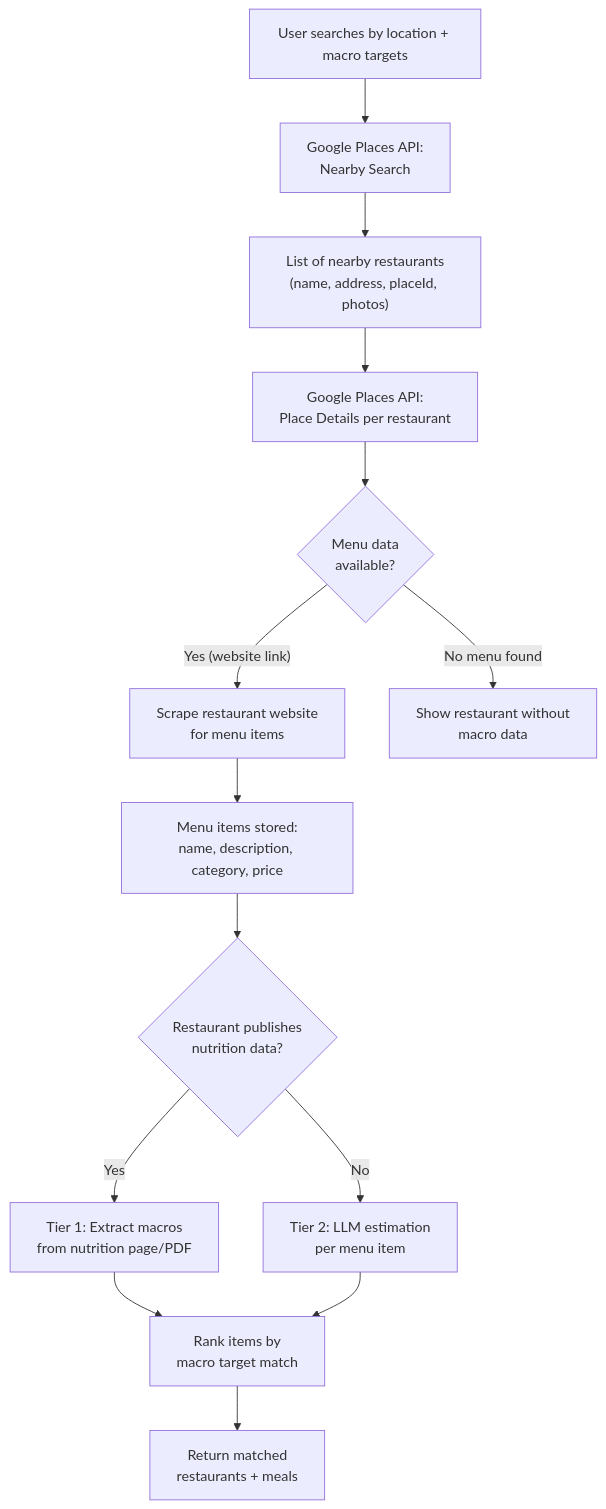
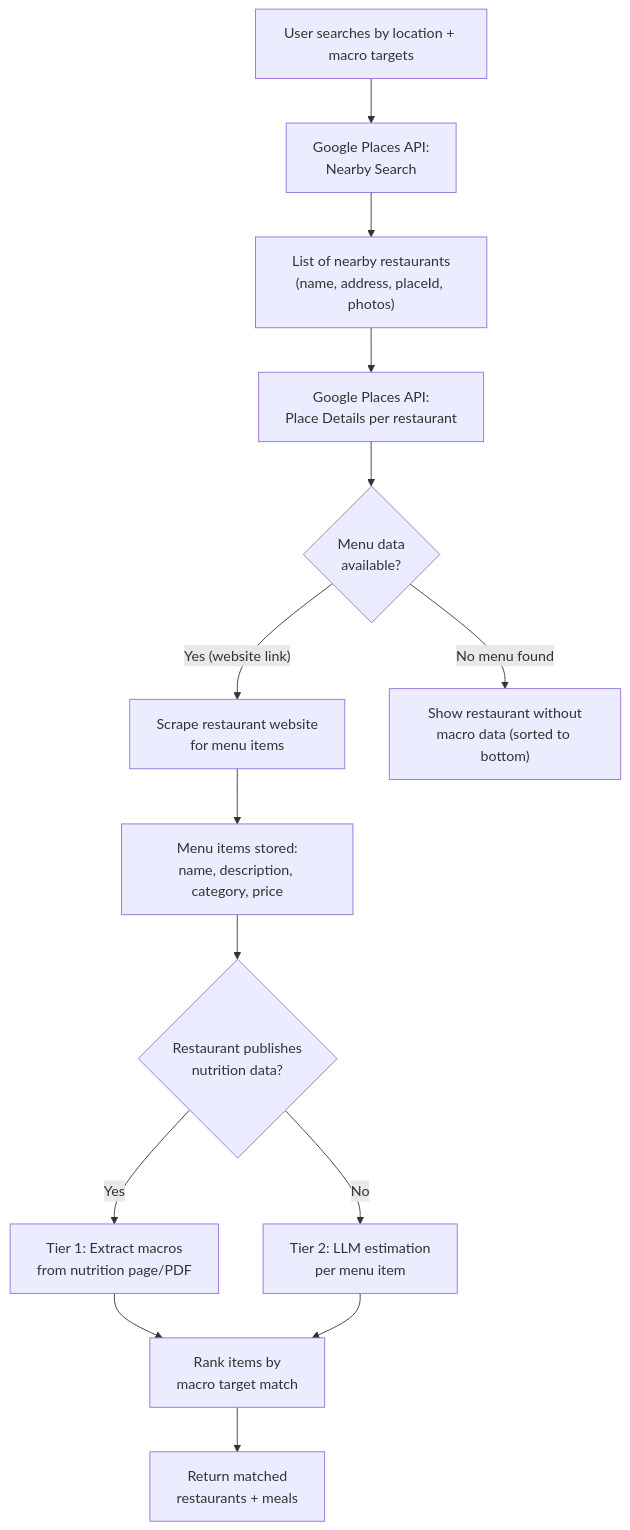
The second of 4 diagrams in docs/engineering/backend/system-design.md (dgmolla/fitsy), drawn with Mermaid before and after one commit.

Commit message:
Clarify no-menu restaurants: show but deprioritize, not skip
Restaurants without menu data still appear in results (sorted to
bottom) so users in areas with mostly independent restaurants don't
get empty results.

````diff
--- a/docs/engineering/backend/system-design.md
+++ b/docs/engineering/backend/system-design.md
@@ -104,21 +104,21 @@
 ```mermaid
 flowchart TD
     Search["User searches by location + macro targets"]
     Search --> GP["Google Places API:<br/>Nearby Search"]
     GP --> Restaurants["List of nearby restaurants<br/>(name, address, placeId, photos)"]
     Restaurants --> Details["Google Places API:<br/>Place Details per restaurant"]
     Details --> Menu{"Menu data<br/>available?"}
 
     Menu -- "Yes (website link)" --> Scrape["Scrape restaurant website<br/>for menu items"]
-    Menu -- "No menu found" --> Skip["Show restaurant without<br/>macro data"]
+    Menu -- "No menu found" --> Skip["Show restaurant without<br/>macro data (sorted to bottom)"]
 
     Scrape --> Items["Menu items stored:<br/>name, description, category, price"]
     Items --> NutritionCheck{"Restaurant publishes<br/>nutrition data?"}
 
     NutritionCheck -- "Yes" --> Tier1["Tier 1: Extract macros<br/>from nutrition page/PDF"]
     NutritionCheck -- "No" --> Tier2["Tier 2: LLM estimation<br/>per menu item"]
 
     Tier1 --> Ranked["Rank items by<br/>macro target match"]
     Tier2 --> Ranked
     Ranked --> Results["Return matched<br/>restaurants + meals"]
 ```
````
